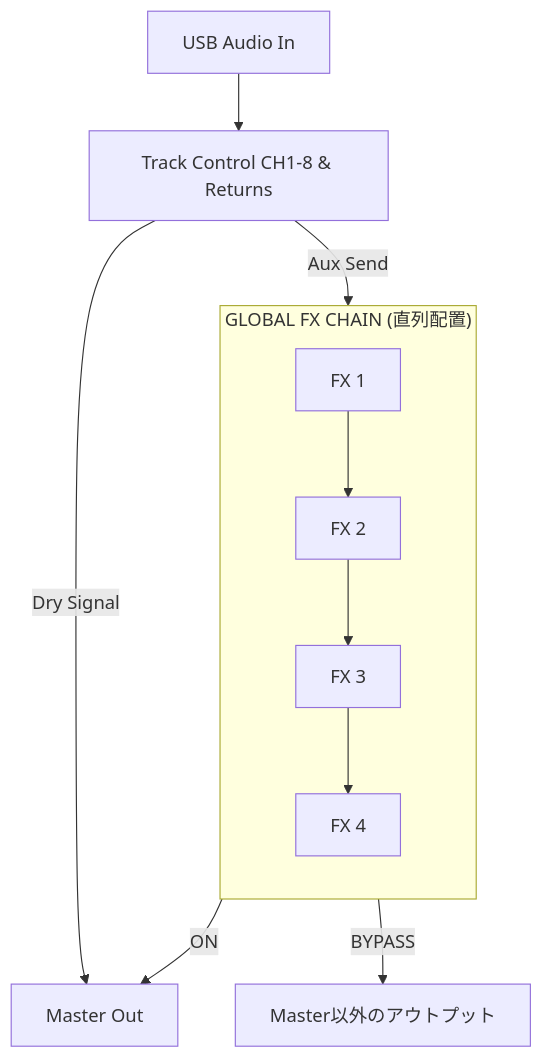
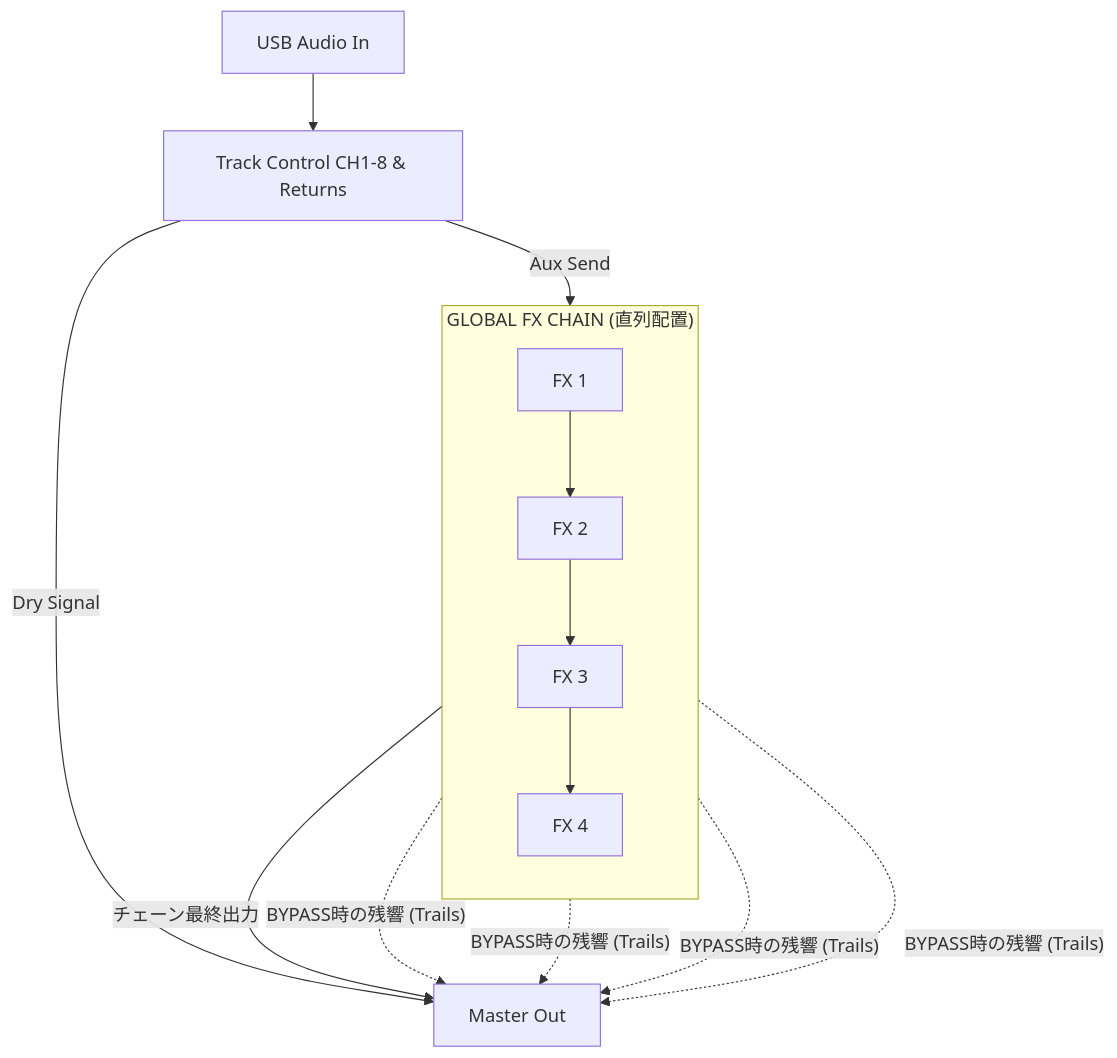
The diagram in index.md (ca5/m8fx_docs), drawn with Mermaid before and after one commit. The commit also changed other lines of this file and 1 other file, not shown here.

Commit message:
Update bypass logic to correctly describe Trails routing

````diff
--- a/index.md
+++ b/index.md
@@ -12,15 +12,19 @@
 ```mermaid
 flowchart TD
     USBIn[USB Audio In] --> Tracks[Track Control CH1-8 & Returns]
     
     Tracks -- "Dry Signal" --> MasterOut[Master Out]
     Tracks -- "Aux Send" --> FX1
     
     subgraph fxchain ["GLOBAL FX CHAIN (直列配置)"]
         direction TB
         FX1[FX 1] --> FX2[FX 2] --> FX3[FX 3] --> FX4[FX 4]
     end
     
-    FX4 -- "ON" --> MasterOut
-    FX4 -- "BYPASS" --> AltOut[Master以外のアウトプット]
+    FX4 -- "チェーン最終出力" --> MasterOut
+    
+    FX1 -. "BYPASS時の残響 (Trails)" .-> MasterOut
+    FX2 -. "BYPASS時の残響 (Trails)" .-> MasterOut
+    FX3 -. "BYPASS時の残響 (Trails)" .-> MasterOut
+    FX4 -. "BYPASS時の残響 (Trails)" .-> MasterOut
 ```
````
